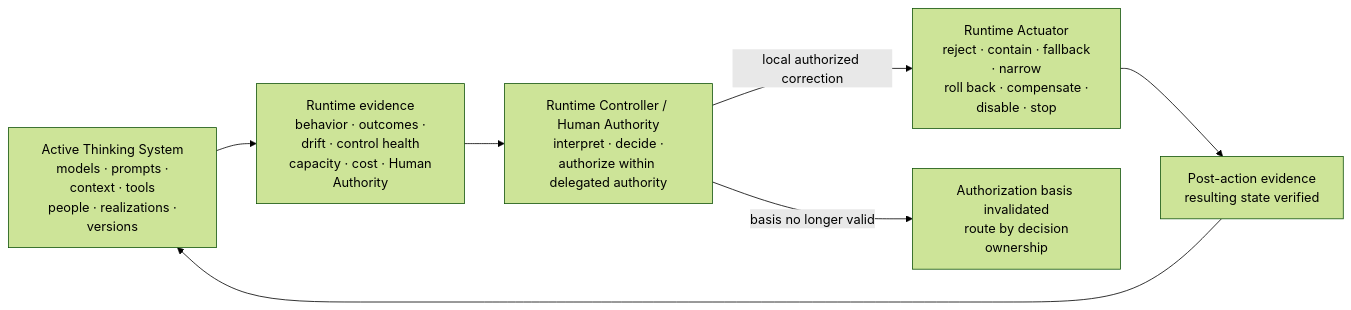
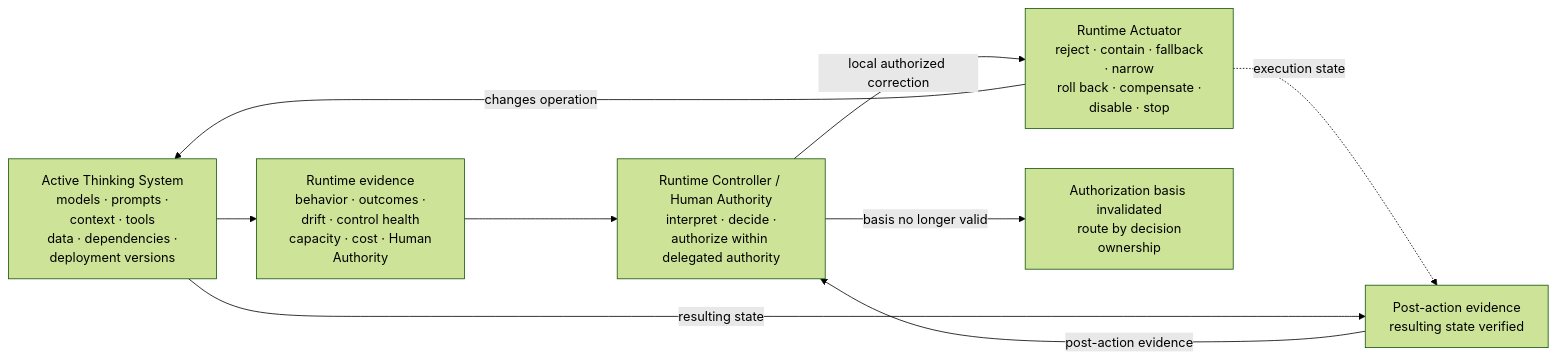
Before and after one commit to UncertaintyArchitectureGroup/uncertainty-architecture: diagram 13 of 15 in content/research/notes/open-engineering-specification-article-draft.md, drawn with Mermaid (forest theme). The commit also changed other lines of this file and 5 other files, not shown here.

````diff
--- a/content/research/notes/open-engineering-specification-article-draft.md
+++ b/content/research/notes/open-engineering-specification-article-draft.md
@@ -767,13 +798,15 @@
 ```mermaid
 flowchart LR
-    SYS["Active Thinking System<br/> models · prompts · context · tools<br/> people · realizations · versions"]
+    SYS["Active Thinking System<br/> models · prompts · context · tools<br/> data · dependencies · deployment versions"]
     OBS["Runtime evidence<br/> behavior · outcomes · drift · control health<br/> capacity · cost · Human Authority"]
     CTRL["Runtime Controller / Human Authority<br/> interpret · decide · authorize within delegated authority"]
     ACT["Runtime Actuator<br/> reject · contain · fallback · narrow<br/> roll back · compensate · disable · stop"]
     VERIFY["Post-action evidence<br/> resulting state verified"]
     ESC["Authorization basis invalidated<br/> route by decision ownership"]
 
     SYS --> OBS --> CTRL
-    CTRL -->|local authorized correction| ACT --> VERIFY --> SYS
+    CTRL -->|local authorized correction| ACT -->|changes operation| SYS
+    ACT -.->|execution state| VERIFY
+    SYS -->|resulting state| VERIFY -->|post-action evidence| CTRL
     CTRL -->|basis no longer valid| ESC
 ```
````
